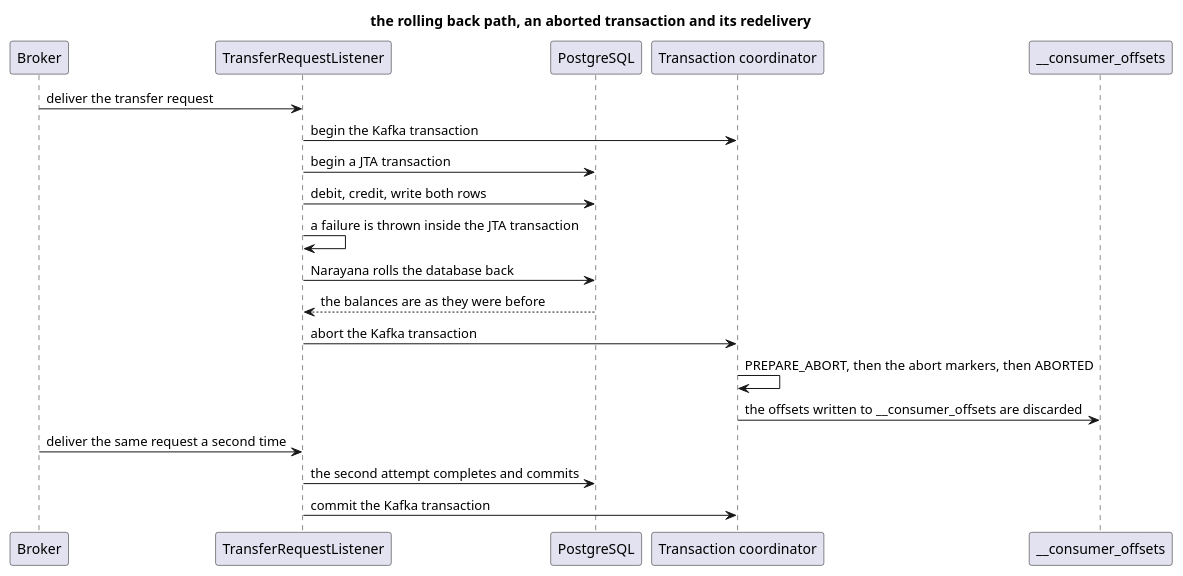
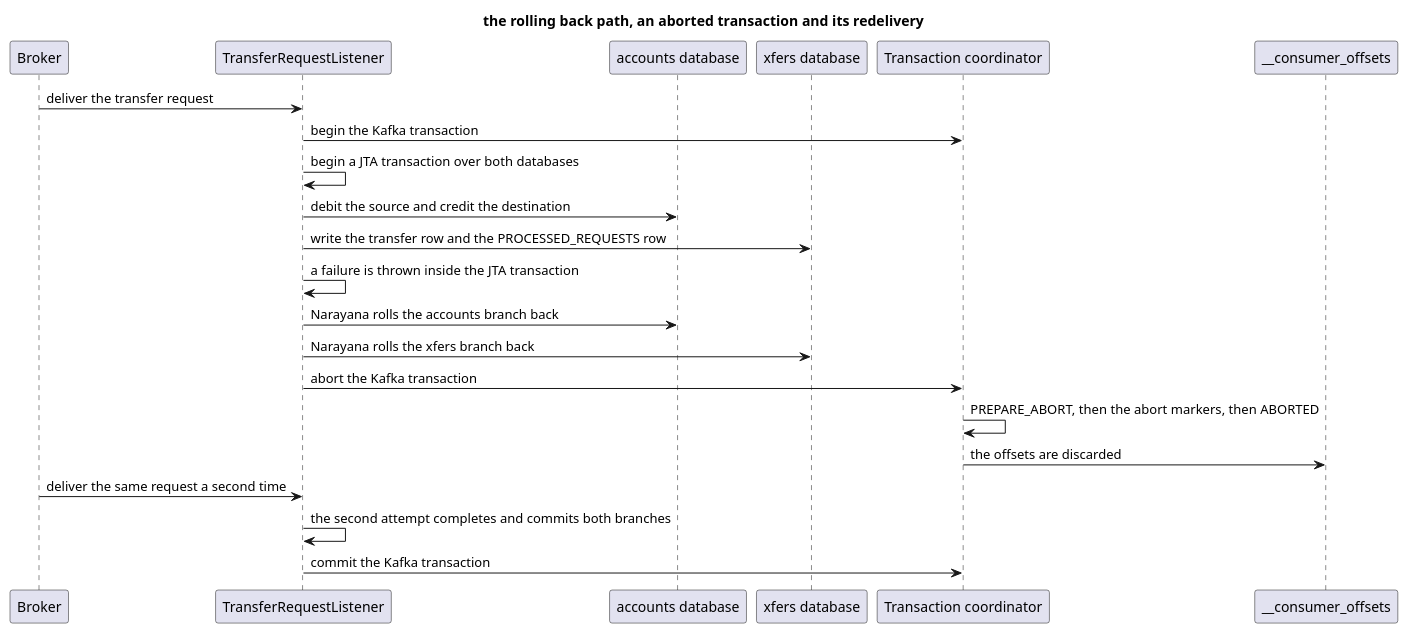
The diagram in diagrams/03-rolling-back-path.puml (nicolasduminil/quarkus-distributed-tx), drawn with PlantUML before and after one commit. The commit also changed 5 other files, not shown here.

First line of the commit message:
Show the two databases in the Kafka sequence diagrams

```diff
--- a/diagrams/03-rolling-back-path.puml
+++ b/diagrams/03-rolling-back-path.puml
@@ -1,22 +1,24 @@
 @startuml
 title the rolling back path, an aborted transaction and its redelivery
 participant "Broker" as B
 participant "TransferRequestListener" as L
-participant "PostgreSQL" as D
+participant "accounts database" as A
+participant "xfers database" as X
 participant "Transaction coordinator" as C
 participant "__consumer_offsets" as O
 
 B -> L : deliver the transfer request
 L -> C : begin the Kafka transaction
-L -> D : begin a JTA transaction
-L -> D : debit, credit, write both rows
+L -> L : begin a JTA transaction over both databases
+L -> A : debit the source and credit the destination
+L -> X : write the transfer row and the PROCESSED_REQUESTS row
 L -> L : a failure is thrown inside the JTA transaction
-L -> D : Narayana rolls the database back
-D --> L : the balances are as they were before
+L -> A : Narayana rolls the accounts branch back
+L -> X : Narayana rolls the xfers branch back
 L -> C : abort the Kafka transaction
 C -> C : PREPARE_ABORT, then the abort markers, then ABORTED
-C -> O : the offsets written to __consumer_offsets are discarded
+C -> O : the offsets are discarded
 B -> L : deliver the same request a second time
-L -> D : the second attempt completes and commits
+L -> L : the second attempt completes and commits both branches
 L -> C : commit the Kafka transaction
 @enduml
```
